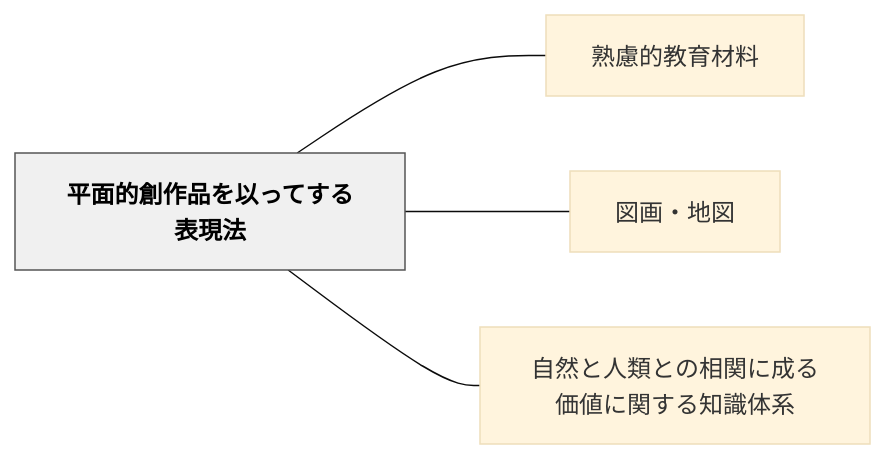
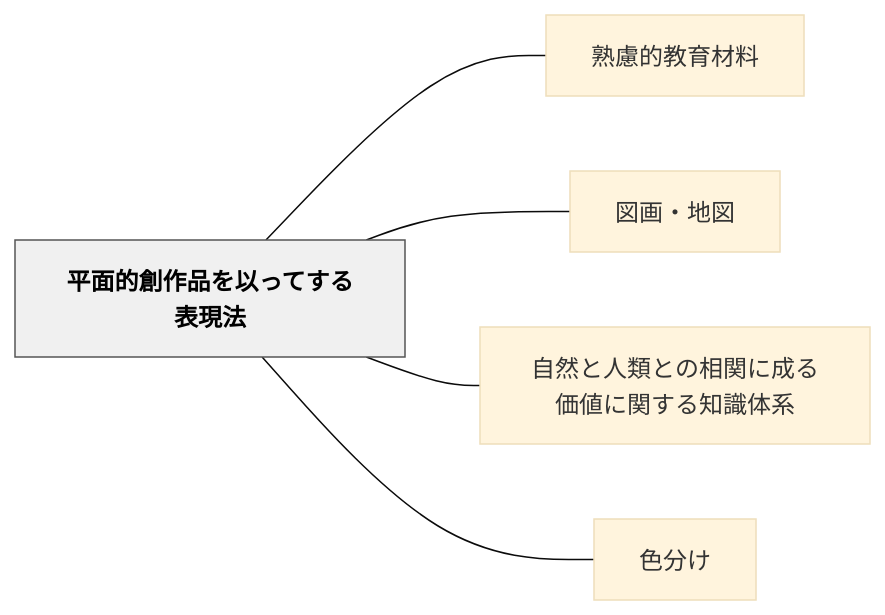
Before and after one commit to unknownthings-ed-patterns/unknownthings-ed-patterns: the diagram in content/パタン/平面的創作品を以ってする表現法.md, drawn with Mermaid (base theme). The commit also changed other lines of this file and 473 other files, not shown here.

````diff
--- a/content/パタン/平面的創作品を以ってする表現法.md
+++ b/content/パタン/平面的創作品を以ってする表現法.md
@@ -43,14 +44,16 @@
 ```mermaid
 flowchart LR
     ne5b9b3e99da2["平面的創作品を以ってする表現法"]
     ne7869fe685ae["熟慮的教育材料"]
     ne59bb3e794bb["図画・地図"]
     ne887aae784b6["自然と人類との相関に成る価値に関する知識体系"]
+    ne889b2e58886["色分け"]
 
     ne5b9b3e99da2 --- ne7869fe685ae
     ne5b9b3e99da2 --- ne59bb3e794bb
     ne5b9b3e99da2 --- ne887aae784b6
+    ne5b9b3e99da2 --- ne889b2e58886
 
     classDef hub fill:#f0f0f0,stroke:#555,color:#000,font-weight:bold
     class ne5b9b3e99da2 hub
 ```
````
